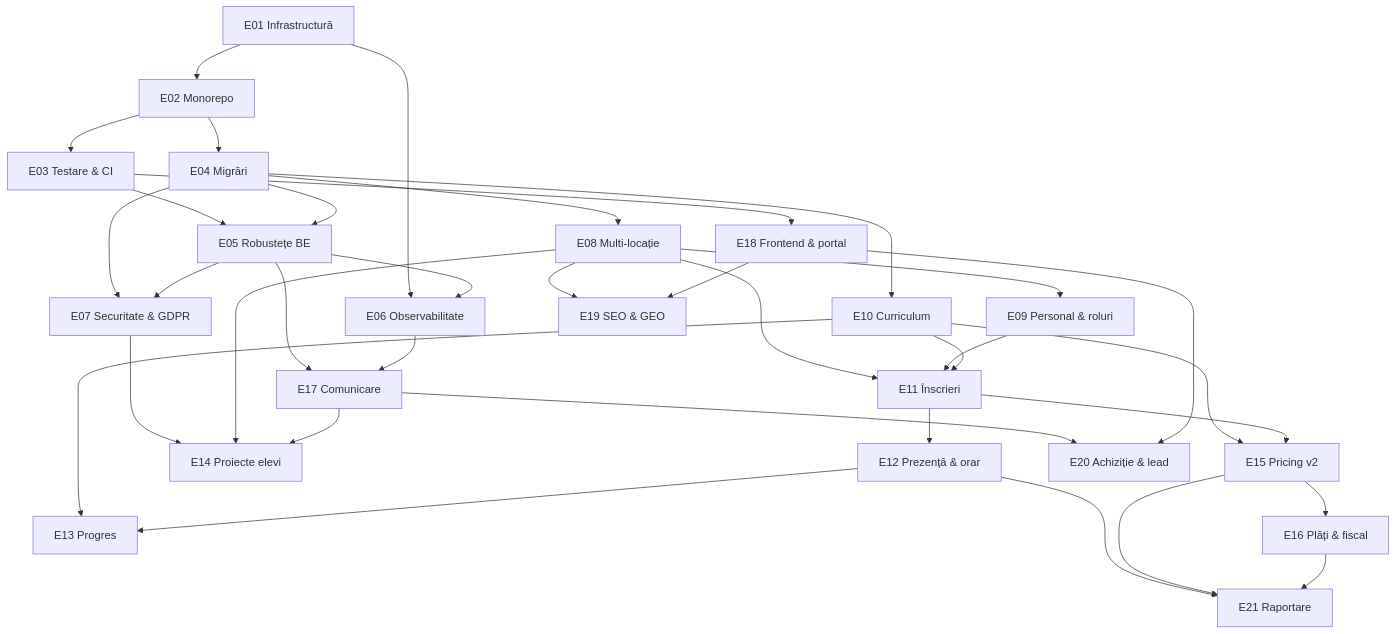
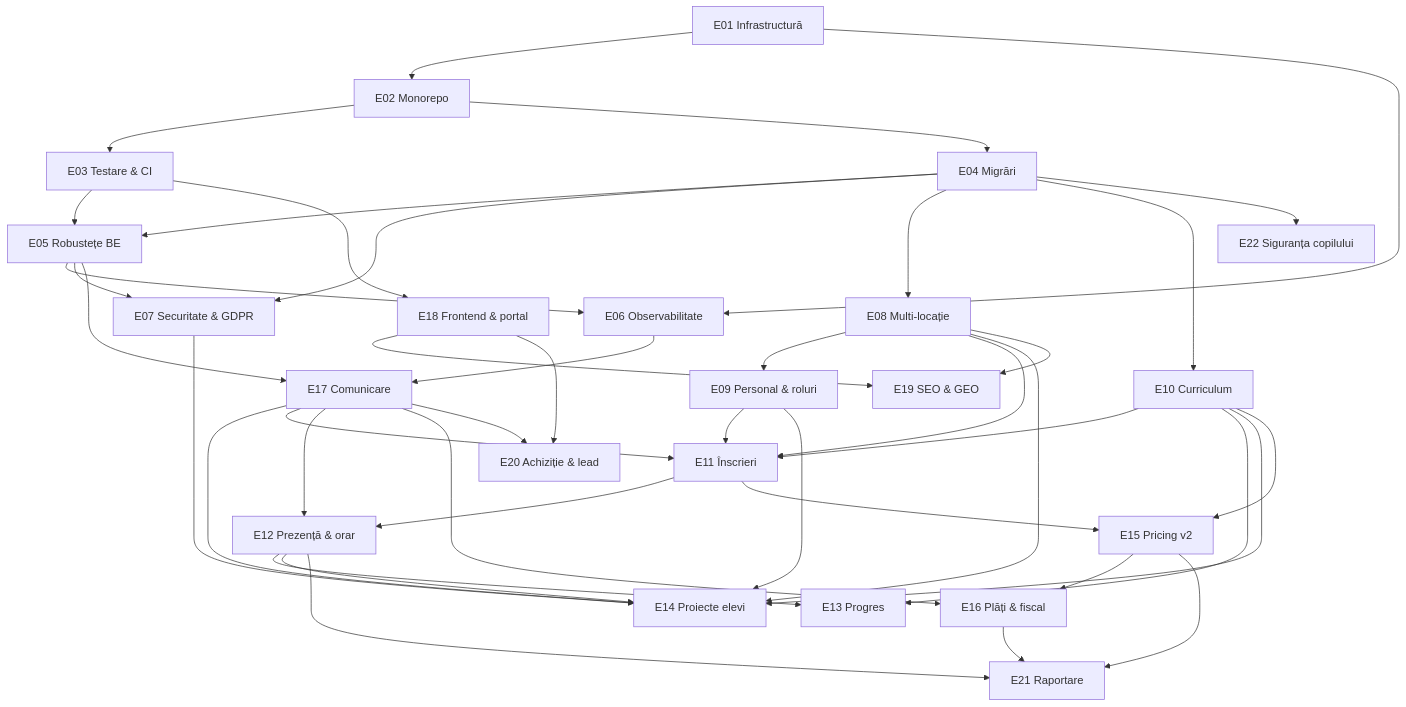
Before and after one commit to AlexePaul/ITBridge: the diagram in docs/epics/README.md, drawn with Mermaid. The commit also changed other lines of this file and 18 other files, not shown here.

First line of the commit message:
docs(epics): audit the map against the code, and specify the upload flow

````diff
--- a/docs/epics/README.md
+++ b/docs/epics/README.md
@@ -83,37 +98,44 @@
 ```mermaid
 graph TD
   E01[E01 Infrastructură] --> E02[E02 Monorepo]
   E02 --> E03[E03 Testare & CI]
   E02 --> E04[E04 Migrări]
   E03 --> E05[E05 Robustețe BE]
   E04 --> E05
   E01 --> E06[E06 Observabilitate]
   E05 --> E06
   E04 --> E07[E07 Securitate & GDPR]
   E05 --> E07
   E04 --> E08[E08 Multi-locație]
   E08 --> E09[E09 Personal & roluri]
   E04 --> E10[E10 Curriculum]
   E08 --> E11[E11 Înscrieri]
   E09 --> E11
   E10 --> E11
   E11 --> E12[E12 Prezență & orar]
   E10 --> E13[E13 Progres]
   E12 --> E13
   E07 --> E14[E14 Proiecte elevi]
   E08 --> E14
+  E09 --> E14
+  E10 --> E14
+  E12 --> E14
   E17 --> E14
   E10 --> E15[E15 Pricing v2]
   E11 --> E15
   E15 --> E16[E16 Plăți & fiscal]
   E05 --> E17[E17 Comunicare]
   E06 --> E17
+  E17 --> E11
+  E17 --> E12
+  E17 --> E16
   E03 --> E18[E18 Frontend & portal]
   E08 --> E19[E19 SEO & GEO]
   E18 --> E19
   E17 --> E20[E20 Achiziție & lead]
   E18 --> E20
   E12 --> E21[E21 Raportare]
   E15 --> E21
   E16 --> E21
+  E04 --> E22[E22 Siguranța copilului]
 ```
````
